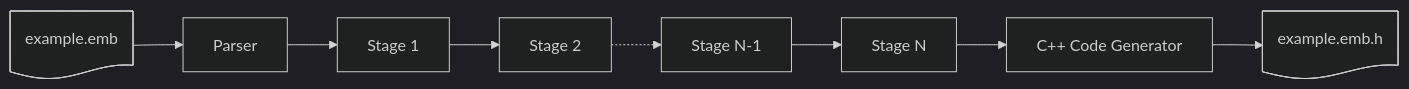
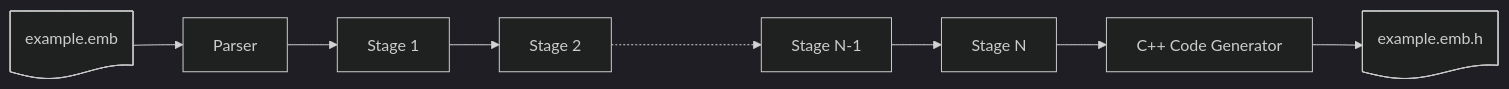
One commit to reventlov/emboss changed the fourth of 5 diagrams in doc/design.md. Above: the diagram before and after it, drawn with Mermaid (dark theme). The commit also changed other lines of this file, not shown here.

````diff
--- a/doc/design.md
+++ b/doc/design.md
@@ -166,19 +166,19 @@
 ```mermaid
 %%{init: {"flowchart": {"htmlLabels": false}} }%%
 graph LR
     diskstart@{ shape: doc, label: "example.emb" }
     parser["Parser"]
     stage1@{ shape: proc, label: "Stage 1" }
     stage2@{ shape: proc, label: "Stage 2" }
     stagenm1@{ shape: proc, label: "Stage N-1" }
     stagen@{ shape: proc, label: "Stage N" }
     backend["C++ Code Generator"]
     diskend@{ shape: doc, label: "example.emb.h" }
     diskstart-->parser
     parser-->stage1
     stage1-->stage2
-    stage2-.->stagenm1
+    stage2-...->stagenm1
     stagenm1-->stagen
     stagen-->backend
     backend-->diskend
 ```
````
